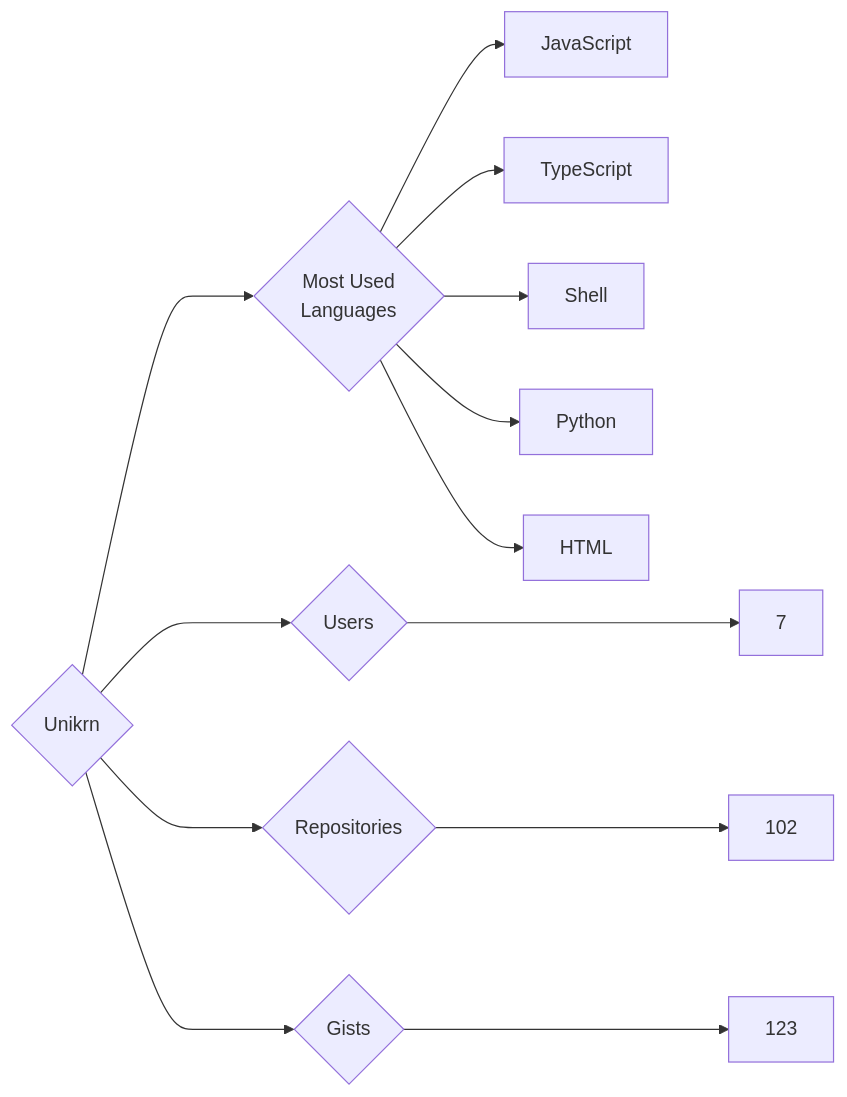
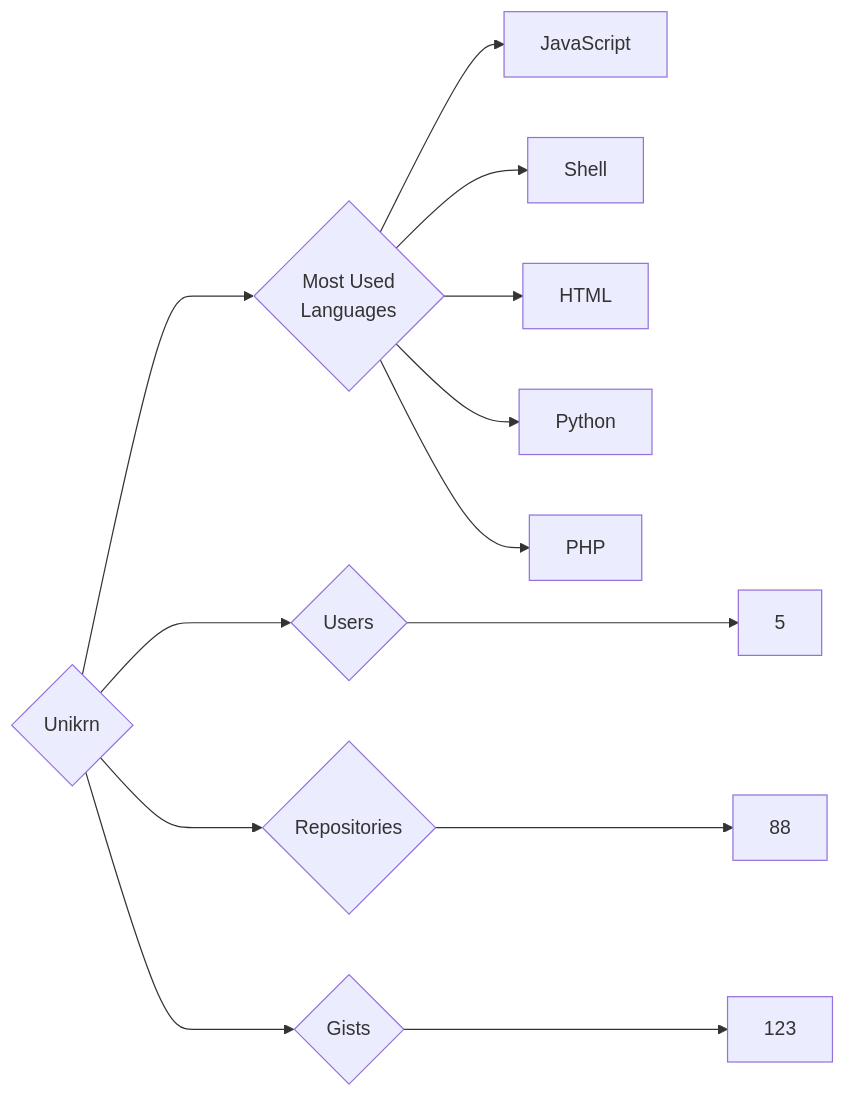
The diagram in targets/Unikrn/README.md (trickest/insiders), drawn with Mermaid before and after one commit. The commit also changed 1508 other files, not shown here.

````diff
--- a/targets/Unikrn/README.md
+++ b/targets/Unikrn/README.md
@@ -3,13 +3,13 @@
 ```mermaid
 graph LR
 COMPANY_NAME{Unikrn}
-COMPANY_NAME ---> U{Users} ---> UN[7]
-COMPANY_NAME ---> R{Repositories} ---> RN[102]
+COMPANY_NAME ---> U{Users} ---> UN[5]
+COMPANY_NAME ---> R{Repositories} ---> RN[88]
 COMPANY_NAME ---> G{Gists} ---> GN[123]
 COMPANY_NAME ---> ML{Most Used<br>Languages}
 ML --> JavaScript[JavaScript]
-ML --> TypeScript[TypeScript]
 ML --> Shell[Shell]
+ML --> HTML[HTML]
 ML --> Python[Python]
-ML --> HTML[HTML]
+ML --> PHP[PHP]
 ```
````
